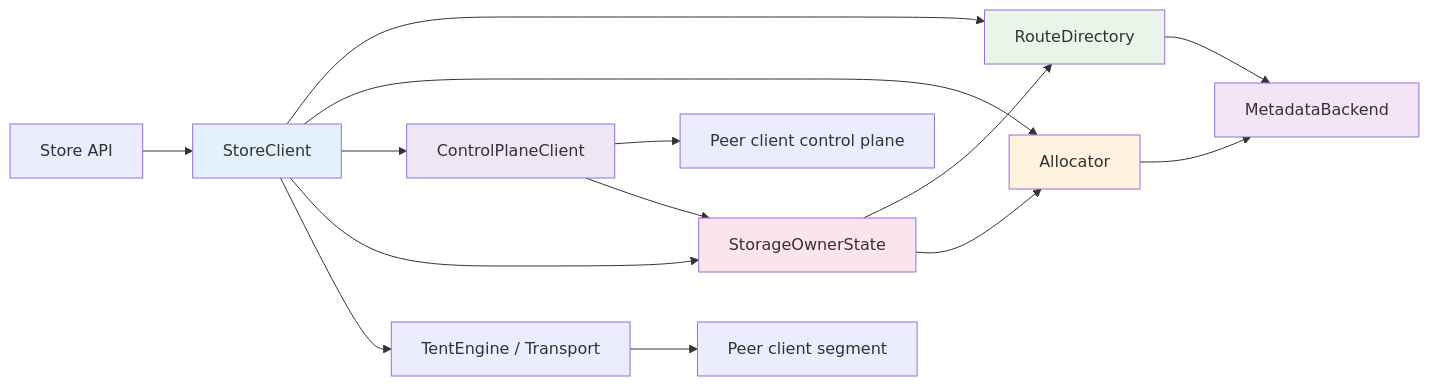
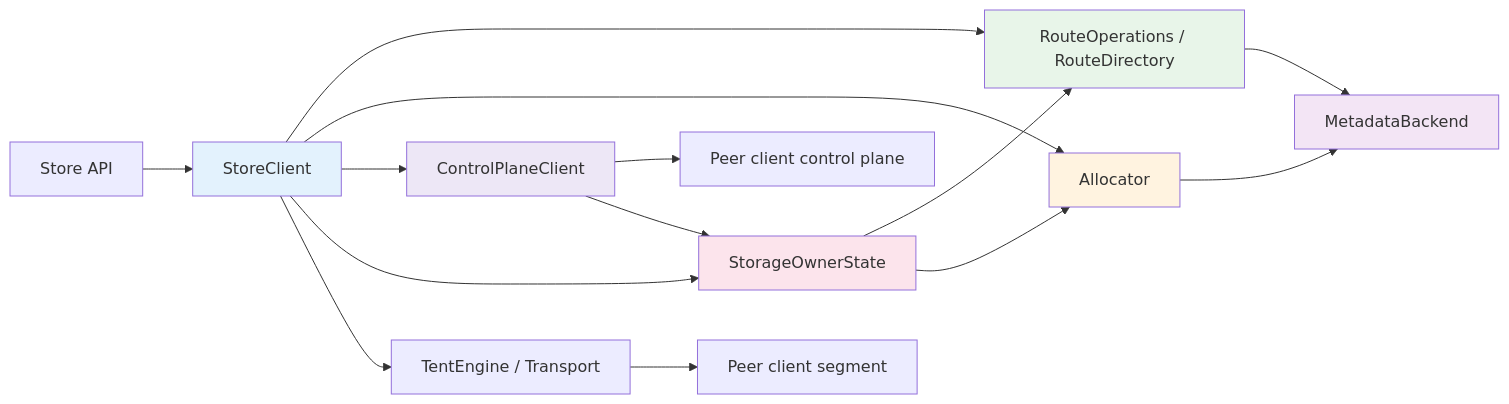
Before and after one commit to kvcache-ai/Mooncake: the first of 4 diagrams in mooncake-store/store-rs/docs/architecture.md, drawn with Mermaid. The commit also changed other lines of this file and 10 other files, not shown here.

Commit message:
[Store-RS] add route operations facade

````diff
--- a/mooncake-store/store-rs/docs/architecture.md
+++ b/mooncake-store/store-rs/docs/architecture.md
@@ -34,23 +34,23 @@
 ```mermaid
 graph LR
     A["Store API"] --> B["StoreClient"]
-    B --> C["RouteDirectory"]
+    B --> C["RouteOperations / RouteDirectory"]
     B --> D["Allocator"]
     B --> E["ControlPlaneClient"]
     B --> J["StorageOwnerState"]
     B --> F["TentEngine / Transport"]
     C --> G["MetadataBackend"]
     D --> G
     J --> C
     J --> D
     E --> H["Peer client control plane"]
     E --> J
     F --> I["Peer client segment"]
 
     style B fill:#e3f2fd
     style C fill:#e8f5e9
     style D fill:#fff3e0
     style E fill:#ede7f6
     style J fill:#fce4ec
     style G fill:#f3e5f5
 ```
````
